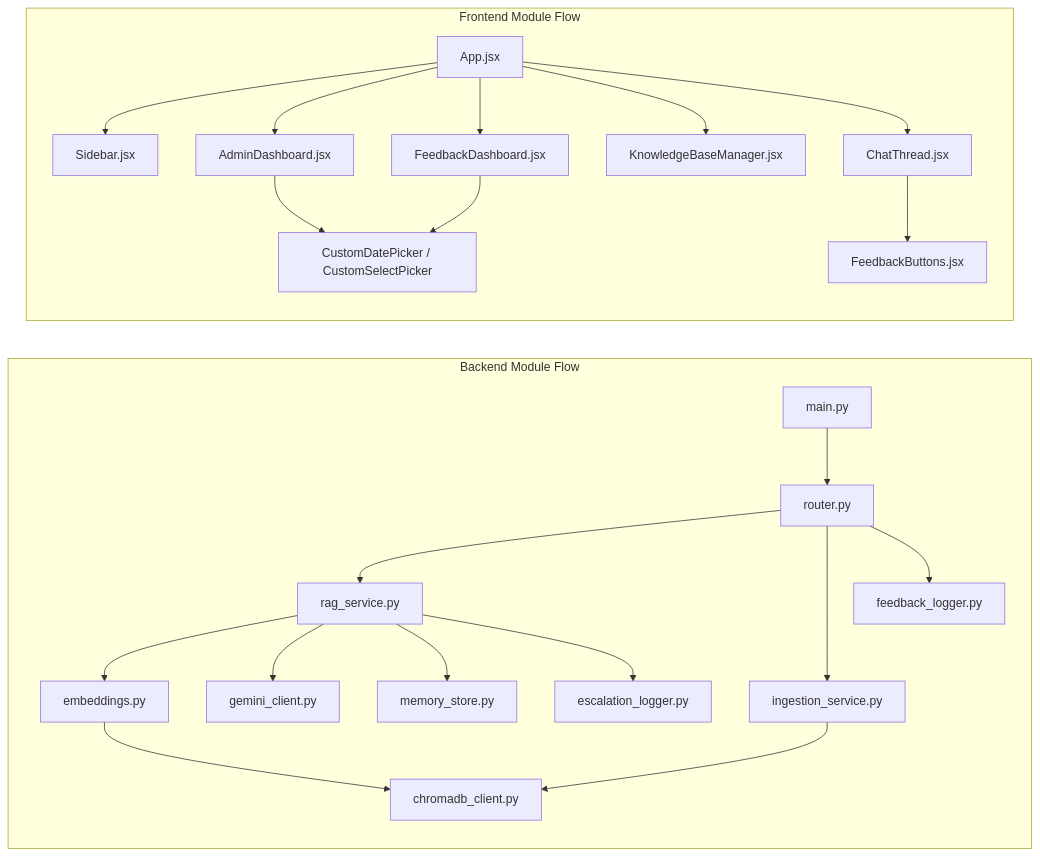
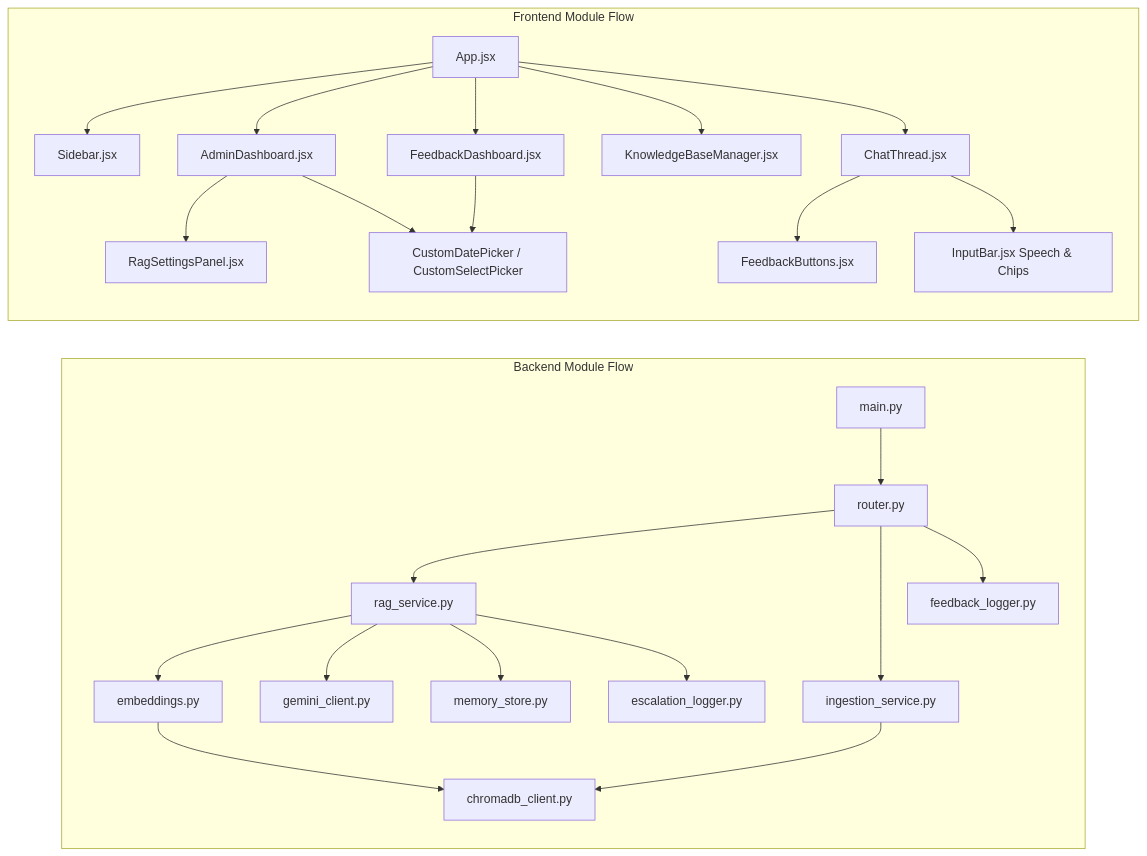
Before and after one commit to Giancyril/Relay: the second of 2 diagrams in README.md, drawn with Mermaid. The commit also changed other lines of this file, not shown here.

Commit message:
docs: update README.md with newly added advanced features (AI Prompt Chips, Web Speech Audio Assistant, CSV/JSON Exports, and RAG Guardrails Settings)

````diff
--- a/README.md
+++ b/README.md
@@ -95,26 +107,28 @@
 ```mermaid
 graph LR
     subgraph BE_Deps ["Backend Module Flow"]
         Main[main.py] --> Router[router.py]
         Router --> RAG[rag_service.py]
         Router --> KB[ingestion_service.py]
         RAG --> Embed[embeddings.py]
         RAG --> LLM[gemini_client.py]
         RAG --> Mem[memory_store.py]
         RAG --> EscLog[escalation_logger.py]
         Router --> FBLog[feedback_logger.py]
         Embed --> ChromaClient[chromadb_client.py]
         KB --> ChromaClient
     end
 
     subgraph FE_Deps ["Frontend Module Flow"]
         App[App.jsx] --> SidebarNav[Sidebar.jsx]
         App --> ChatPage[ChatThread.jsx]
         App --> AdminPage[AdminDashboard.jsx]
         App --> KBPage[KnowledgeBaseManager.jsx]
         App --> CSATPage[FeedbackDashboard.jsx]
+        AdminPage --> RagConfig[RagSettingsPanel.jsx]
         AdminPage --> CustomPickers[CustomDatePicker / CustomSelectPicker]
         CSATPage --> CustomPickers
         ChatPage --> FeedbackBtn[FeedbackButtons.jsx]
+        ChatPage --> InputBox[InputBar.jsx Speech & Chips]
     end
 ```
````
